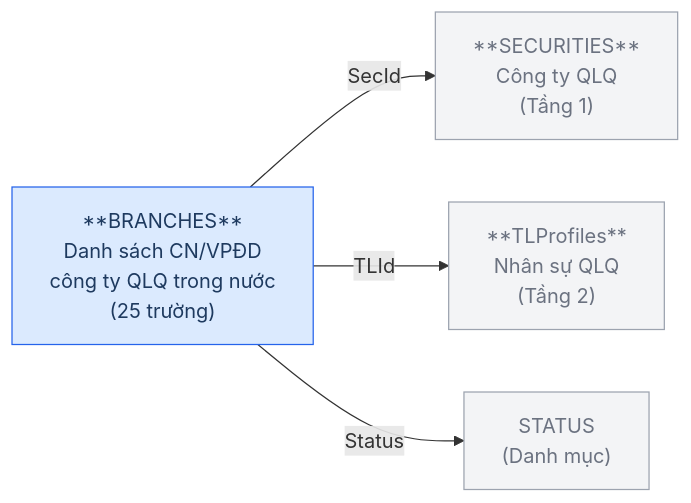
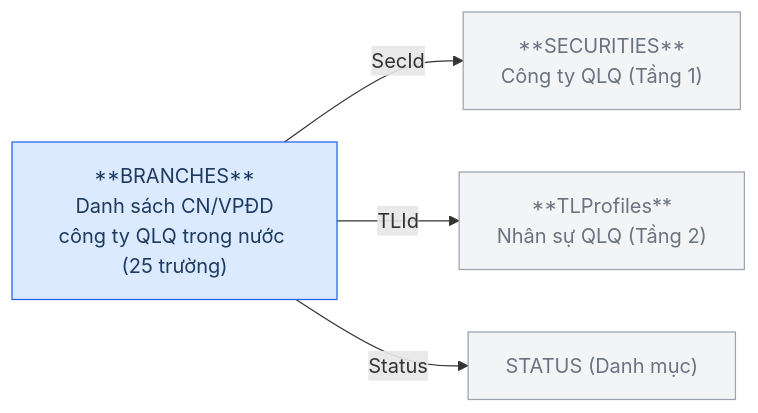
One commit to linhlvit/ubck_atomic_design changed the third of 16 diagrams in Silver/hld/FMS_HLD_Tier2.md. Above: the diagram before and after it, drawn with Mermaid. The commit also changed other lines of this file and 1 other file, not shown here.

````diff
--- a/Silver/hld/FMS_HLD_Tier2.md
+++ b/Silver/hld/FMS_HLD_Tier2.md
@@ -72,14 +69,14 @@
 ```mermaid
 graph LR
     classDef src fill:#dbeafe,stroke:#2563eb,color:#1e3a5f
     classDef ref fill:#f3f4f6,stroke:#9ca3af,color:#6b7280
 
-    SECURITIES["**SECURITIES**\nCông ty QLQ\n(Tầng 1)"]:::ref
-    TLProfiles_ref["**TLProfiles**\nNhân sự QLQ\n(Tầng 2)"]:::ref
-    STATUS["STATUS\n(Danh mục)"]:::ref
-    BRANCHES["**BRANCHES**\nDanh sách CN/VPĐD\ncông ty QLQ trong nước\n(25 trường)"]:::src
+    SECURITIES["**SECURITIES**\nCông ty QLQ (Tầng 1)"]:::ref
+    TL_ref["**TLProfiles**\nNhân sự QLQ (Tầng 2)"]:::ref
+    STATUS["STATUS (Danh mục)"]:::ref
+    BRANCHES["**BRANCHES**\nDanh sách CN/VPĐD\ncông ty QLQ trong nước (25 trường)"]:::src
 
     BRANCHES -->|SecId| SECURITIES
-    BRANCHES -->|TLId| TLProfiles_ref
+    BRANCHES -->|TLId| TL_ref
     BRANCHES -->|Status| STATUS
 ```
````
